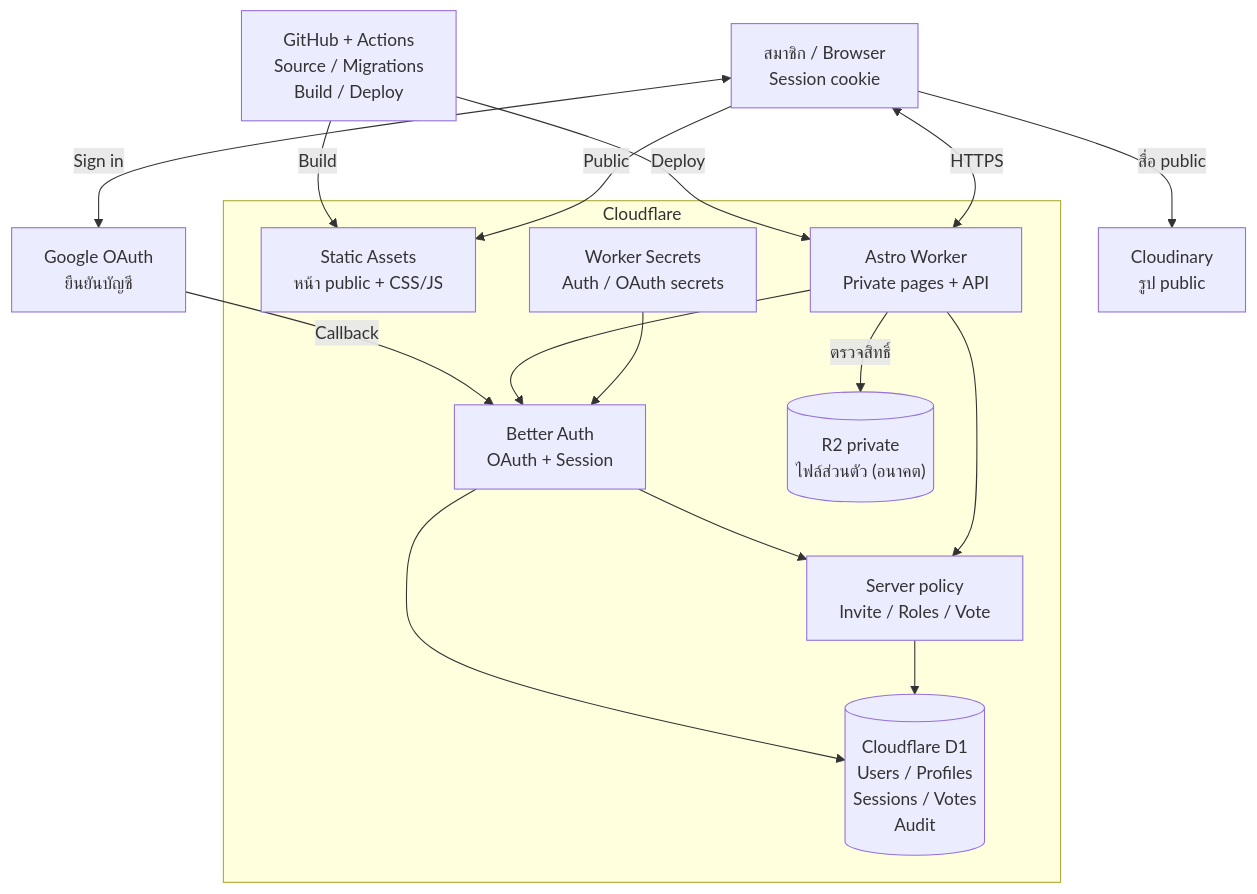
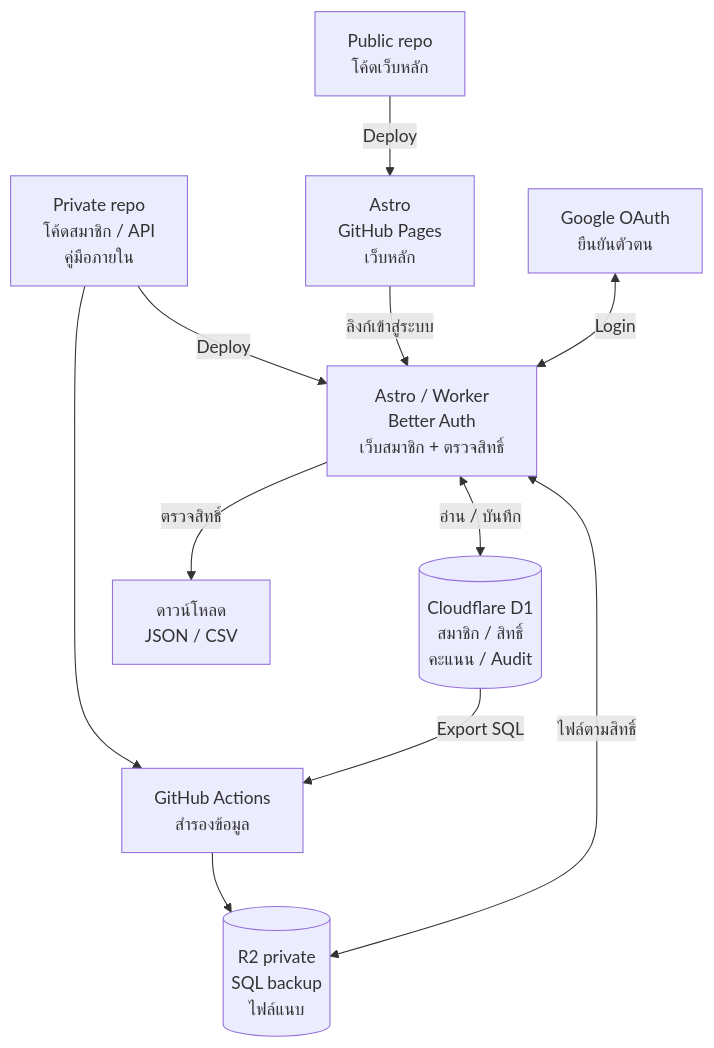
One commit to intaniadebate/intaniadebate changed the diagram in docs/diagrams/member-auth-system.mmd. Above: the diagram before and after it, drawn with Mermaid. The commit also changed 3 other files, not shown here.

```diff
--- a/docs/diagrams/member-auth-system.mmd
+++ b/docs/diagrams/member-auth-system.mmd
@@ -1,28 +1,11 @@
 flowchart TB
-  Browser["สมาชิก / Browser<br/>Session cookie"]
-  Google["Google OAuth<br/>ยืนยันบัญชี"]
-  subgraph Cloudflare["Cloudflare"]
-    Public["Static Assets<br/>หน้า public + CSS/JS"]
-    Server["Astro Worker<br/>Private pages + API"]
-    Auth["Better Auth<br/>OAuth + Session"]
-    Policy["Server policy<br/>Invite / Roles / Vote"]
-    DB[("Cloudflare D1<br/>Users / Profiles<br/>Sessions / Votes<br/>Audit")]
-    Secrets["Worker Secrets<br/>Auth / OAuth secrets"]
-    R2[("R2 private<br/>ไฟล์ส่วนตัว (อนาคต)")]
-  end
-  GitHub["GitHub + Actions<br/>Source / Migrations<br/>Build / Deploy"]
-  Media["Cloudinary<br/>รูป public"]
-  GitHub -->|"Deploy"| Server
-  GitHub -->|"Build"| Public
-  Browser -->|"Public"| Public
-  Browser <-->|"HTTPS"| Server
-  Browser <-->|"Sign in"| Google
-  Google -->|"Callback"| Auth
-  Server --> Auth
-  Auth --> Policy
-  Server --> Policy
-  Auth --> DB
-  Policy --> DB
-  Secrets --> Auth
-  Server -->|"ตรวจสิทธิ์"| R2
-  Browser -->|"สื่อ public"| Media
+  PublicRepo["Public repo<br/>โค้ดเว็บหลัก"] -->|"Deploy"| Public["Astro<br/>GitHub Pages<br/>เว็บหลัก"]
+  PrivateRepo["Private repo<br/>โค้ดสมาชิก / API<br/>คู่มือภายใน"] -->|"Deploy"| App["Astro / Worker<br/>Better Auth<br/>เว็บสมาชิก + ตรวจสิทธิ์"]
+  Public -->|"ลิงก์เข้าสู่ระบบ"| App
+  Google["Google OAuth<br/>ยืนยันตัวตน"] <-->|"Login"| App
+  App <-->|"อ่าน / บันทึก"| DB[("Cloudflare D1<br/>สมาชิก / สิทธิ์<br/>คะแนน / Audit")]
+  App -->|"ตรวจสิทธิ์"| Download["ดาวน์โหลด<br/>JSON / CSV"]
+  PrivateRepo --> Backup["GitHub Actions<br/>สำรองข้อมูล"]
+  DB -->|"Export SQL"| Backup
+  Backup --> R2[("R2 private<br/>SQL backup<br/>ไฟล์แนบ")]
+  App <-->|"ไฟล์ตามสิทธิ์"| R2
```
